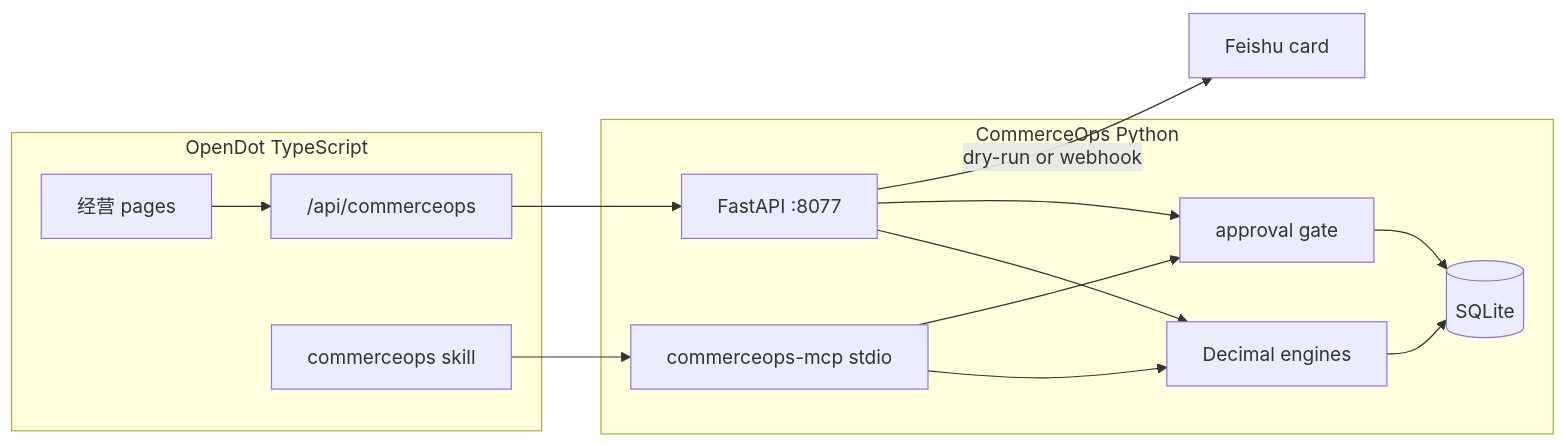
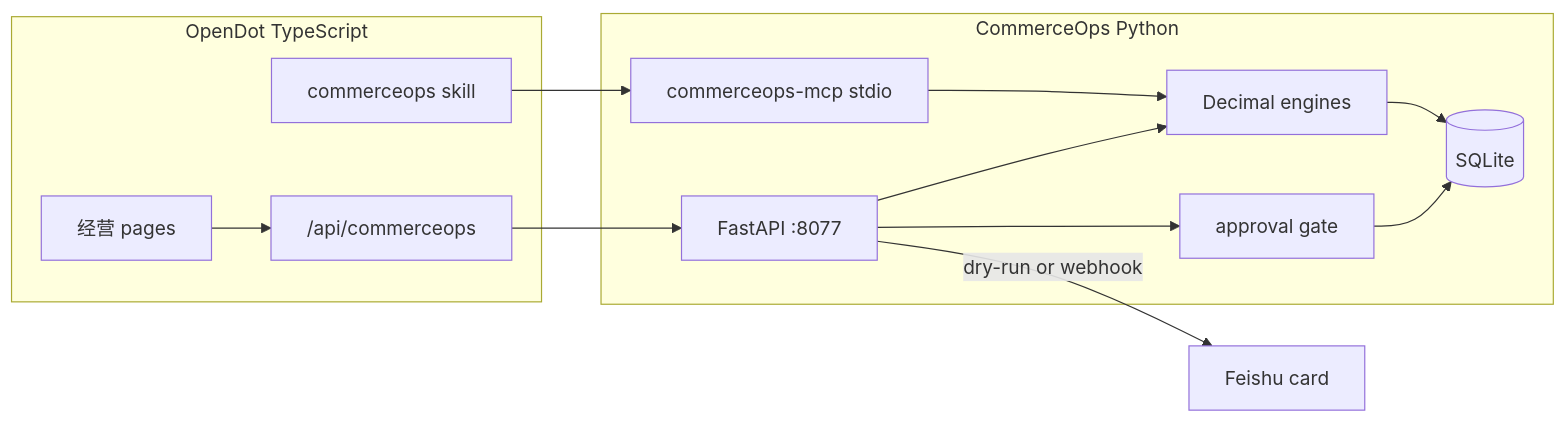
Before and after one commit to Akaliup/OpenDot: the first of 2 diagrams in docs/commerceops-final-delivery.md, drawn with Mermaid. The commit also changed other lines of this file and 49 other files, not shown here.

````diff
--- a/docs/commerceops-final-delivery.md
+++ b/docs/commerceops-final-delivery.md
@@ -10,23 +10,22 @@
 ```mermaid
 flowchart LR
   subgraph opendot [OpenDot TypeScript]
     UI[经营 pages]
     Proxy["/api/commerceops"]
     Skill[commerceops skill]
   end
   subgraph py [CommerceOps Python]
     API[FastAPI :8077]
     MCP[commerceops-mcp stdio]
     Engines[Decimal engines]
     Gate[approval gate]
     DB[(SQLite)]
   end
   UI --> Proxy --> API
   Skill --> MCP --> Engines
   API --> Engines
   API --> Gate
-  MCP --> Gate
   Engines --> DB
   Gate --> DB
   API -->|dry-run or webhook| Feishu[Feishu card]
 ```
````
